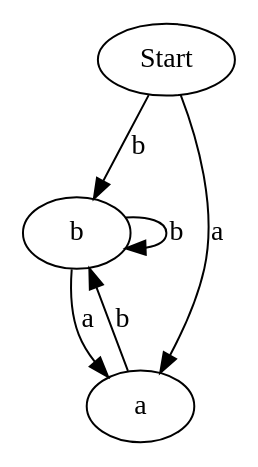
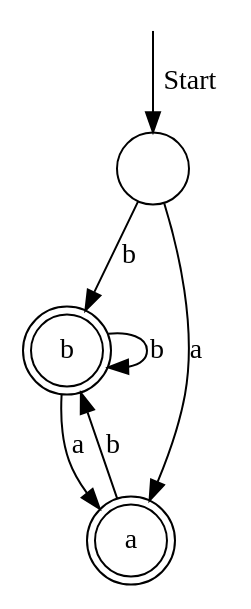
Before and after one commit to Jegp/BPRD2013: the diagram in Week36/3.2.dfa.dot, drawn with Graphviz. The commit also changed 3 other files, not shown here.

```diff
--- a/Week36/3.2.dfa.dot
+++ b/Week36/3.2.dfa.dot
@@ -1,6 +1,12 @@
 digraph dfa {
 
+	node [shape=point,color=white] {Waaaaaargh};
+	node [shape=circle,color=black];
+	Waaaaaargh -> Start [label=Start];
+	Start [label=" "];
 	{Start b} -> a [label=a];
 	{a b Start} -> b [label=b];
+	a [peripheries=2];
+	b [peripheries=2];
 
 }
```
